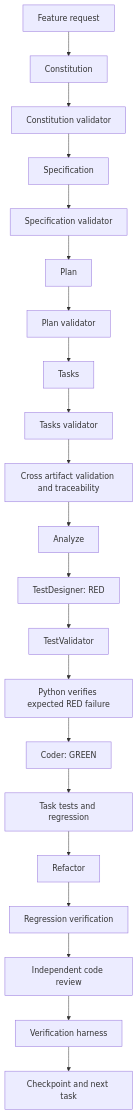
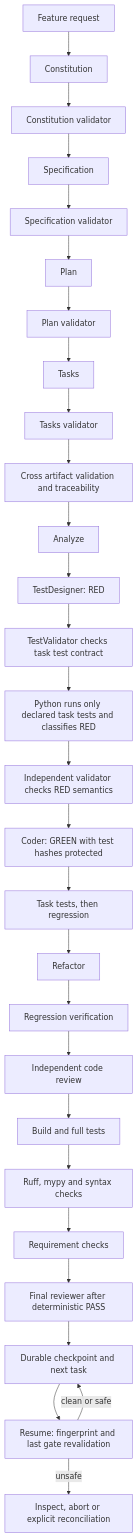
Before and after one commit to AllissonChervenski/agents_emg: the diagram in README.md, drawn with Mermaid. The commit also changed other lines of this file and 78 other files, not shown here.

````diff
--- a/README.md
+++ b/README.md
@@ -7,23 +7,30 @@
 ```mermaid
 flowchart TD
   F[Feature request] --> C[Constitution]
   C --> CV[Constitution validator]
   CV --> S[Specification]
   S --> SV[Specification validator]
   SV --> P[Plan]
   P --> PV[Plan validator]
   PV --> T[Tasks]
   T --> TV[Tasks validator]
   TV --> X[Cross artifact validation and traceability]
   X --> A[Analyze]
   A --> D[TestDesigner: RED]
-  D --> V[TestValidator]
-  V --> R[Python verifies expected RED failure]
-  R --> G[Coder: GREEN]
-  G --> GV[Task tests and regression]
+  D --> V[TestValidator checks task test contract]
+  V --> R[Python runs only declared task tests and classifies RED]
+  R --> RS[Independent validator checks RED semantics]
+  RS --> G[Coder: GREEN with test hashes protected]
+  G --> GV[Task tests, then regression]
   GV --> RF[Refactor]
   RF --> RV[Regression verification]
   RV --> CR[Independent code review]
-  CR --> H[Verification harness]
-  H --> CP[Checkpoint and next task]
+  CR --> B[Build and full tests]
+  B --> LS[Ruff, mypy and syntax checks]
+  LS --> Q[Requirement checks]
+  Q --> H[Final reviewer after deterministic PASS]
+  H --> CP[Durable checkpoint and next task]
+  CP --> RES[Resume: fingerprint and last gate revalidation]
+  RES -->|clean or safe| CP
+  RES -->|unsafe| STOP[Inspect, abort or explicit reconciliation]
 ```
````
